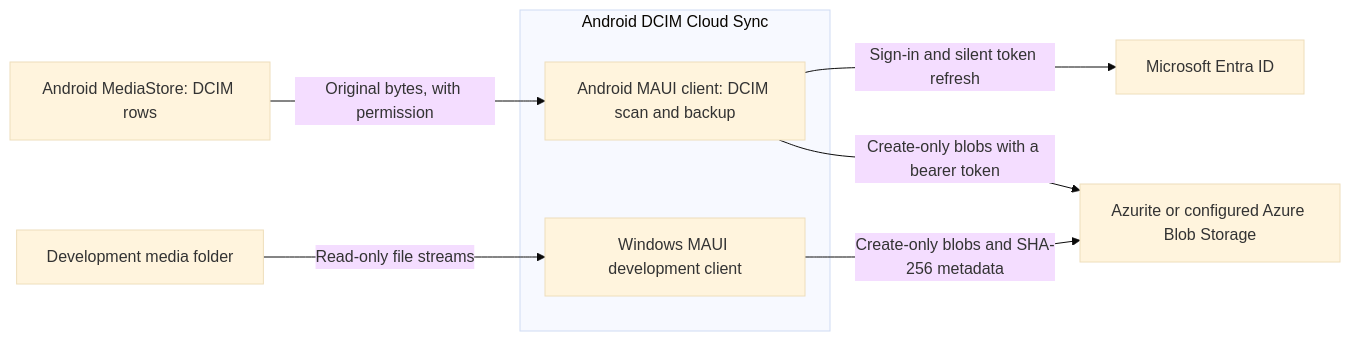
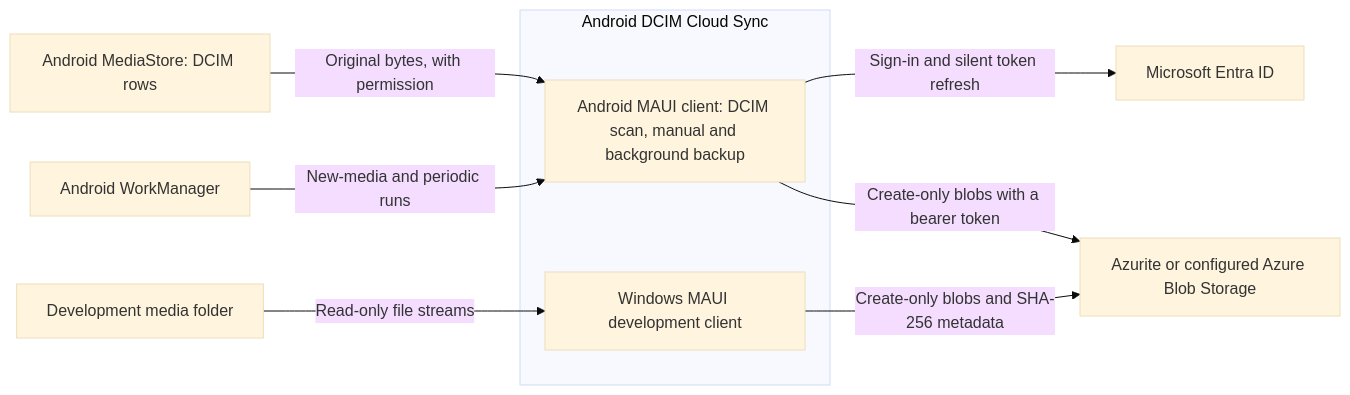
One commit to f2calv/android-dcim-cloud-sync changed the first of 3 diagrams in docs/architecture.md. Above: the diagram before and after it, drawn with Mermaid (base theme). The commit also changed other lines of this file and 40 other files, not shown here.

First line of the commit message:
feat(android): back up new media in the background with WorkManager

````diff
--- a/docs/architecture.md
+++ b/docs/architecture.md
@@ -9,12 +9,13 @@
 ```mermaid
 flowchart LR
     subgraph Application["Android DCIM Cloud Sync"]
-        Android["Android MAUI client: DCIM scan and backup"]
+        Android["Android MAUI client: DCIM scan, manual and background backup"]
         Windows["Windows MAUI development client"]
     end
     MediaStore["Android MediaStore: DCIM rows"] -->|Original bytes, with permission| Android
+    WorkManager["Android WorkManager"] -->|New-media and periodic runs| Android
     Folder["Development media folder"] -->|Read-only file streams| Windows
     Windows -->|Create-only blobs and SHA-256 metadata| Storage["Azurite or configured Azure Blob Storage"]
     Android -->|Sign-in and silent token refresh| Entra["Microsoft Entra ID"]
     Android -->|Create-only blobs with a bearer token| Storage
 ```
````
